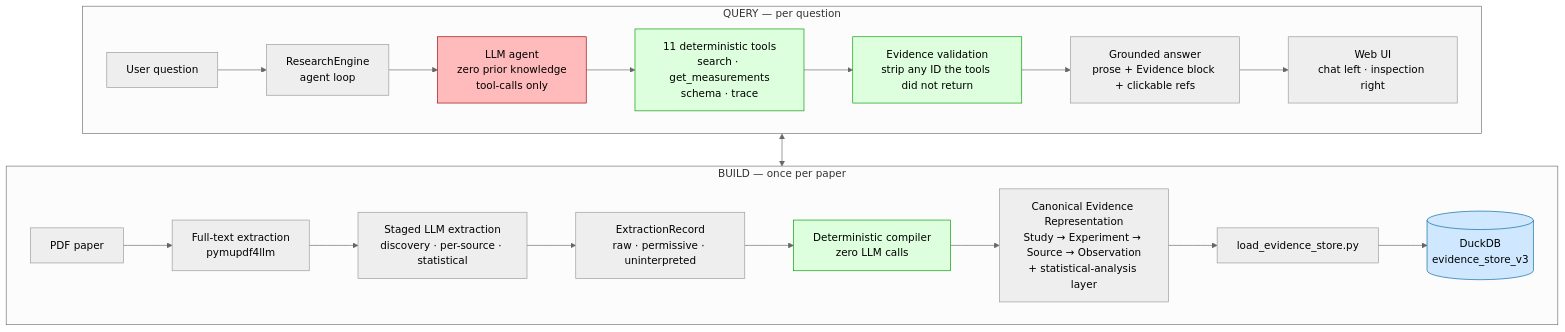
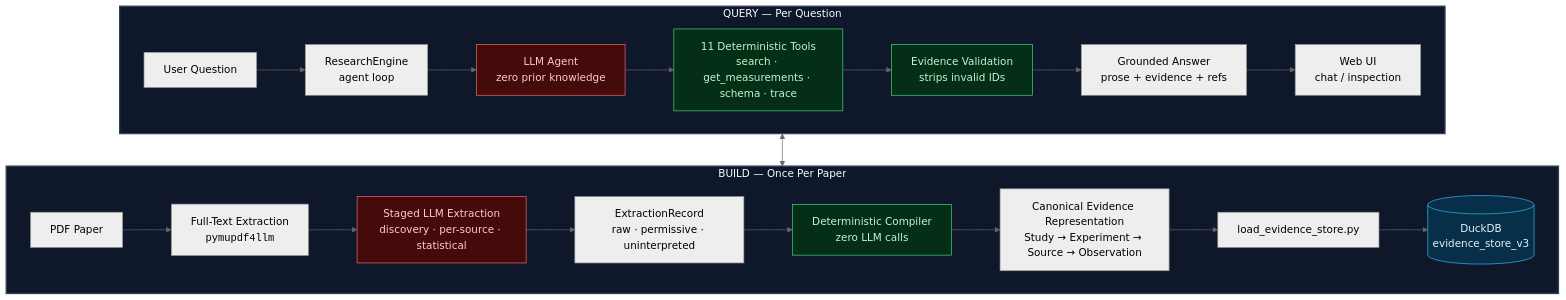
The diagram in README.md (Chrisbh97/evidence-store), drawn with Mermaid (neutral theme) before and after one commit.

Commit message:
corrected contrast issue with diagram

````diff
--- a/README.md
+++ b/README.md
@@ -31,30 +31,37 @@
 ```mermaid
 flowchart TB
-    subgraph BUILD["BUILD — once per paper"]
+    subgraph BUILD["BUILD — Once Per Paper"]
         direction LR
-        PDF["PDF paper"] --> TXT["Full-text extraction<br/>pymupdf4llm"]
-        TXT --> STAGE["Staged LLM extraction<br/>discovery · per-source · statistical"]
-        STAGE --> RAW["ExtractionRecord<br/>raw · permissive · uninterpreted"]
-        RAW --> COMP["Deterministic compiler<br/>zero LLM calls"]
-        COMP --> CER["Canonical Evidence Representation<br/>Study → Experiment → Source → Observation<br/>+ statistical-analysis layer"]
-        CER --> LOAD["load_evidence_store.py"]
-        LOAD --> DB[("DuckDB<br/>evidence_store_v3")]
+        PDF_D["PDF Paper"] --> TXT_D["Full-Text Extraction<br/><code>pymupdf4llm</code>"]
+        TXT_D --> STAGE_D["Staged LLM Extraction<br/>discovery · per-source · statistical"]
+        STAGE_D --> RAW_D["ExtractionRecord<br/>raw · permissive · uninterpreted"]
+        RAW_D --> COMP_D["Deterministic Compiler<br/>zero LLM calls"]
+        COMP_D --> CER_D["Canonical Evidence Representation<br/>Study → Experiment → Source → Observation"]
+        CER_D --> LOAD_D["load_evidence_store.py"]
+        LOAD_D --> DB_D[("DuckDB<br/>evidence_store_v3")]
     end
 
-    subgraph QUERY["QUERY — per question"]
+    subgraph QUERY["QUERY — Per Question"]
         direction LR
-        Q["User question"] --> ENGINE["ResearchEngine<br/>agent loop"]
-        ENGINE --> LLM["LLM agent<br/>zero prior knowledge<br/>tool-calls only"]
-        LLM --> TOOLS["11 deterministic tools<br/>search · get_measurements<br/>schema · trace"]
-        TOOLS <--> DB
-        TOOLS --> VAL["Evidence validation<br/>strip any ID the tools did not return"]
-        VAL --> ANS["Grounded answer<br/>prose + Evidence block + clickable refs"]
-        ANS --> UI["Web UI<br/>chat left · inspection right"]
+        Q_D["User Question"] --> ENGINE_D["ResearchEngine<br/>agent loop"]
+        ENGINE_D --> LLM_D["LLM Agent<br/>zero prior knowledge"]
+        LLM_D --> TOOLS_D["11 Deterministic Tools<br/>search · get_measurements · schema · trace"]
+        TOOLS_D <--> DB_D
+        TOOLS_D --> VAL_D["Evidence Validation<br/>strips invalid IDs"]
+        VAL_D --> ANS_D["Grounded Answer<br/>prose + evidence + refs"]
+        ANS_D --> UI_D["Web UI<br/>chat / inspection"]
     end
 
-    style LLM fill:#fbb,stroke:#900
-    style COMP fill:#dfd,stroke:#090
-    style TOOLS fill:#dfd,stroke:#090
-    style VAL fill:#dfd,stroke:#090
-    style DB fill:#cfe8ff,stroke:#069
+    %% Styles
+    style BUILD fill:#0f172a,stroke:#334155,stroke-width:2px,color:#f8fafc
+    style QUERY fill:#0f172a,stroke:#334155,stroke-width:2px,color:#f8fafc
+
+    style LLM_D fill:#450a0a,stroke:#f87171,color:#fecaca
+    style STAGE_D fill:#450a0a,stroke:#f87171,color:#fecaca
+
+    style COMP_D fill:#052e16,stroke:#4ade80,color:#bbf7d0
+    style TOOLS_D fill:#052e16,stroke:#4ade80,color:#bbf7d0
+    style VAL_D fill:#052e16,stroke:#4ade80,color:#bbf7d0
+
+    style DB_D fill:#082f49,stroke:#38bdf8,color:#e0f2fe
 ```
````
